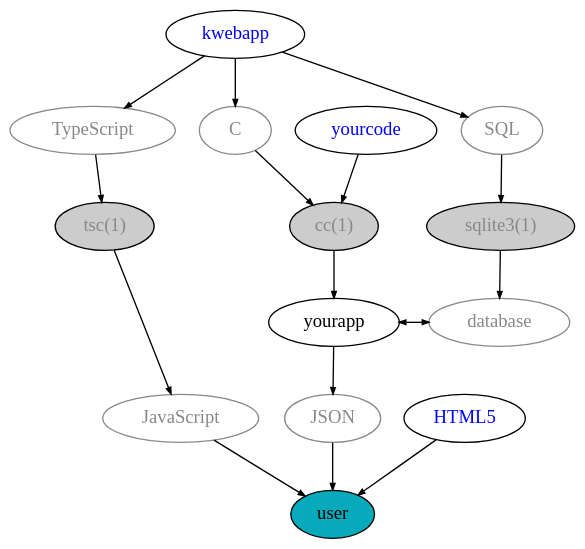
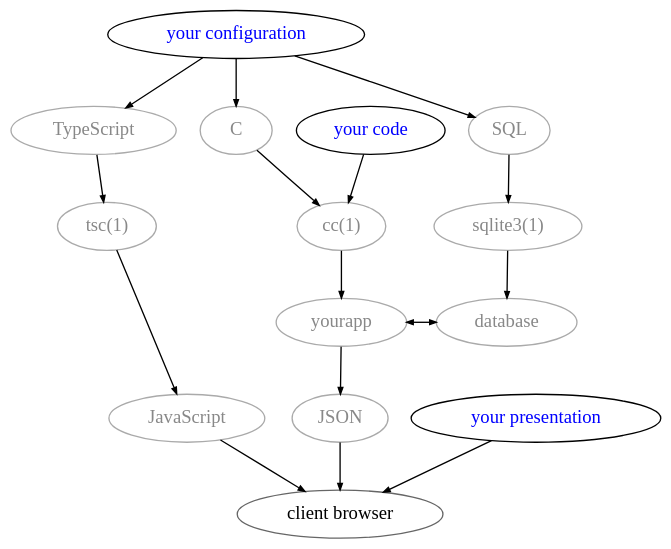
Before and after one commit to kristapsdz/openradtool: the diagram in index2.dot, drawn with Graphviz. The commit also changed 2 other files, not shown here.

```diff
--- a/index2.dot
+++ b/index2.dot
@@ -1,46 +1,46 @@
 digraph {
 	edge [arrowsize="0.5";];
 	bgcolor="transparent";
 	splines=false;
 
-	{ rank=source; kwebapp[fontcolor="blue"]; }
+	{ rank=source; kwebapp[label="your configuration", fontcolor="blue"]; }
 
 	{ rank=same; 
-	  c[label="C", fontcolor="#888888", color="#888888"]; 
-	  yourcode[fontcolor="blue"];
-	  ts[label="TypeScript", fontcolor="#888888", color="#888888"]; 
-	  sql[label="SQL", fontcolor="#888888", color="#888888"]; }
+	  c[label="C", fontcolor="#888888", color="#aaaaaa"]; 
+	  yourcode[label="your code", fontcolor="blue"];
+	  ts[label="TypeScript", fontcolor="#888888", color="#aaaaaa"]; 
+	  sql[label="SQL", fontcolor="#888888", color="#aaaaaa"]; }
 	{ rank=same; 
-	  tsc[label="tsc(1)", style="filled", fillcolor="#cccccc", fontcolor="#888888"]; 
-	  cc[label="cc(1)", style="filled", fillcolor="#cccccc", fontcolor="#888888"]; 
-	  sqlite1[label="sqlite3(1)", style="filled", fillcolor="#cccccc", fontcolor="#888888"]; }
+	  tsc[label="tsc(1)", fontcolor="#888888", color="#aaaaaa"]; 
+	  cc[label="cc(1)", fontcolor="#888888", color="#aaaaaa"]; 
+	  sqlite1[label="sqlite3(1)", fontcolor="#888888", color="#aaaaaa"]; }
 
 	{ rank=same; 
-	  yourapp;
-	  db[label="database", fontcolor="#888888", color="#888888"]; }
+	  yourapp[label="yourapp", fontcolor="#888888", color="#aaaaaa"]; 
+	  db[label="database", fontcolor="#888888", color="#aaaaaa"]; }
 
 	{ rank=same; 
-	  js[label="JavaScript", fontcolor="#888888", color="#888888"]; 
-	  html5[label="HTML5", fontcolor="blue"]; 
-	  json[label="JSON", fontcolor="#888888", color="#888888"]; }
+	  js[label="JavaScript", fontcolor="#888888", color="#aaaaaa"]; 
+	  html5[label="your presentation", fontcolor="blue"]; 
+	  json[label="JSON", fontcolor="#888888", color="#aaaaaa"]; }
 
-	{ rank=sink; user[style="filled", fillcolor="#07aabb"]; }
+	{ rank=sink; client[label="client browser", color="#666666"]; }
 
 	kwebapp -> sql;
 	sql -> sqlite1;
 	sqlite1 -> db;
 	yourapp -> json;
 	yourapp -> db[dir="both"];
 
 	c -> cc;
 	yourcode -> cc;
 	cc -> yourapp;
 
 	kwebapp -> c;
 	kwebapp -> ts;
-	html5 -> user;
-	js -> user;
-	json -> user;
+	html5 -> client;
+	js -> client;
+	json -> client;
 	ts -> tsc -> js;
 
 }
```
